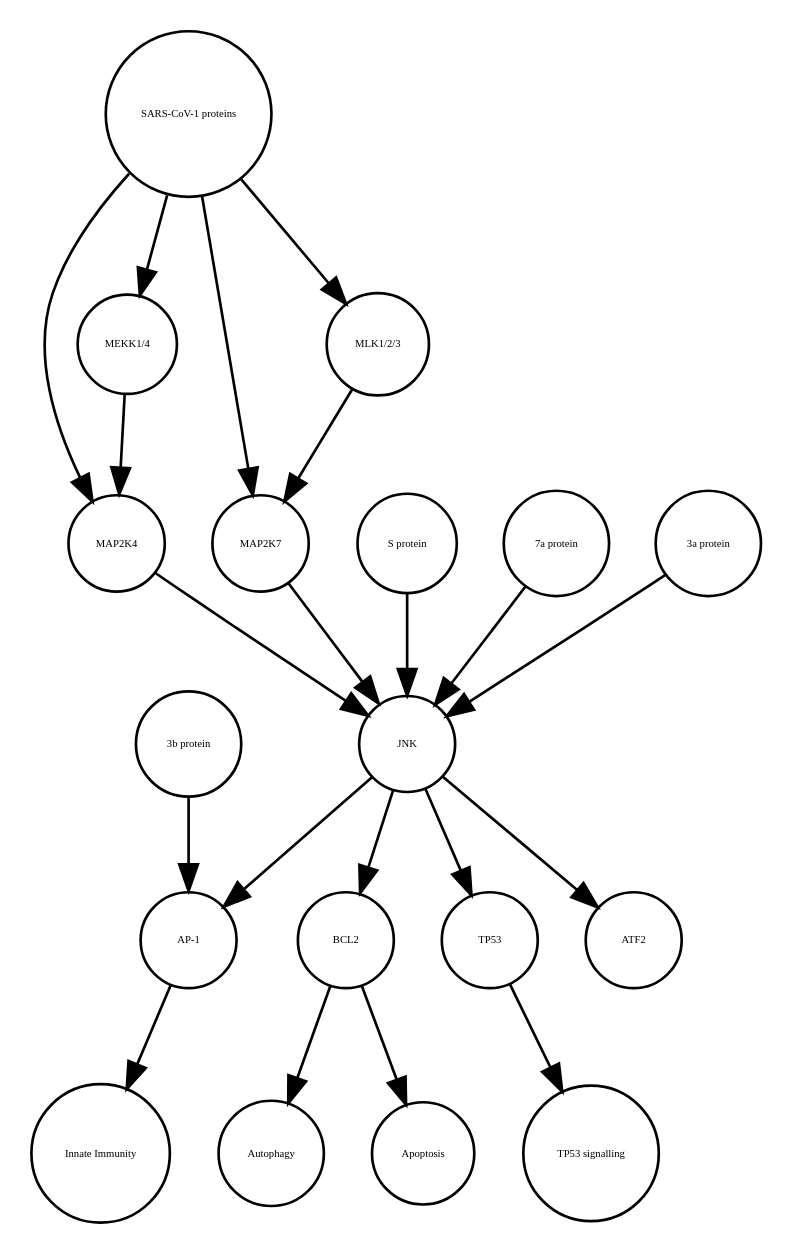
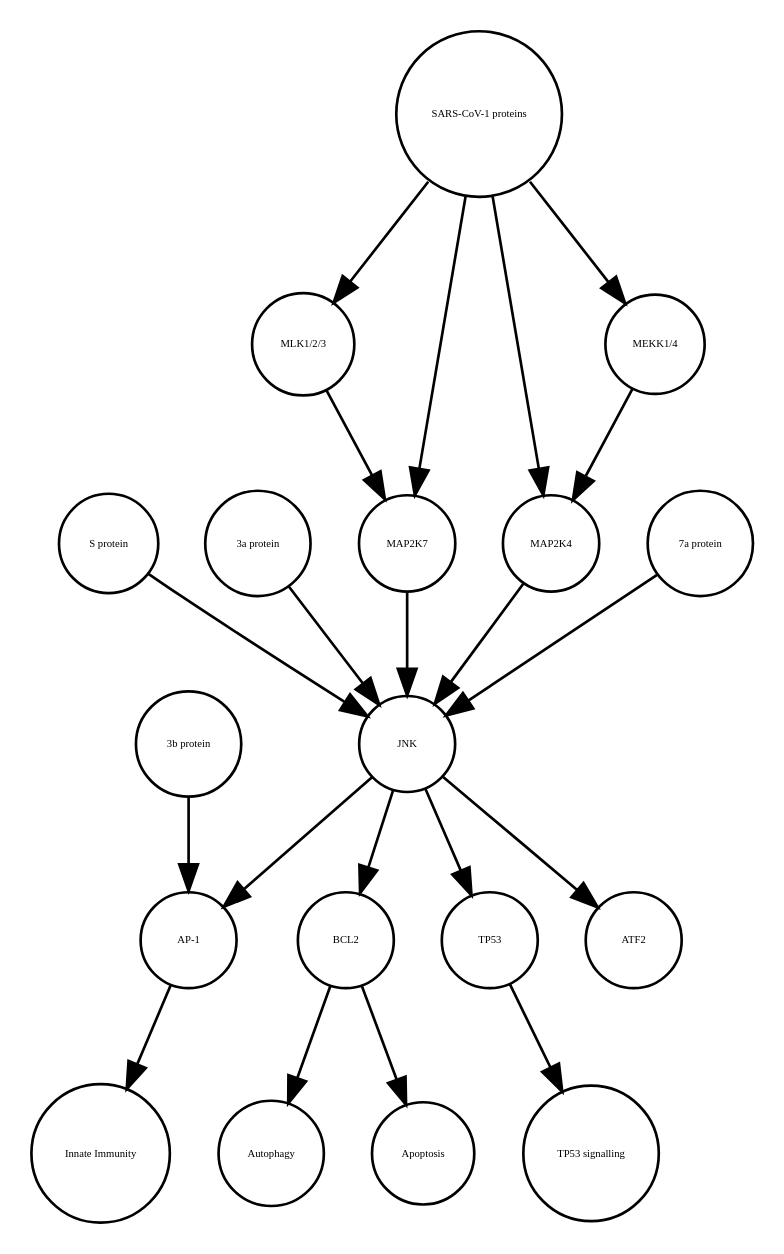
The diagram in JNK_pathway_v2.1.xml_projected.dot (cannin/covid19-sbgn), drawn with Graphviz before and after one commit. The commit also changed other lines of this file and 637 other files, not shown here.

```diff
--- a/JNK_pathway_v2.1.xml_projected.dot
+++ b/JNK_pathway_v2.1.xml_projected.dot
@@ -1,40 +1,40 @@
 strict digraph  {
 BCL2 [annotation=urn_miriam_uniprot_P10415, bipartite=0, cls=macromolecule, fontsize=4, label=BCL2, shape=circle];
 Autophagy [annotation="", bipartite=0, cls=phenotype, fontsize=4, label=Autophagy, shape=circle];
 "AP-1" [annotation="", bipartite=0, cls=complex, fontsize=4, label="AP-1", shape=circle];
 "Innate Immunity" [annotation="", bipartite=0, cls=phenotype, fontsize=4, label="Innate Immunity", shape=circle];
 TP53 [annotation=urn_miriam_uniprot_P04637, bipartite=0, cls=macromolecule, fontsize=4, label=TP53, shape=circle];
 "TP53 signalling" [annotation="", bipartite=0, cls=phenotype, fontsize=4, label="TP53 signalling", shape=circle];
 Apoptosis [annotation="", bipartite=0, cls=phenotype, fontsize=4, label=Apoptosis, shape=circle];
-"SARS-CoV-1 proteins" [annotation="", bipartite=0, cls=complex, fontsize=4, label="SARS-CoV-1 proteins", shape=circle];
-MAP2K4 [annotation=urn_miriam_uniprot_P45985, bipartite=0, cls=macromolecule, fontsize=4, label=MAP2K4, shape=circle];
-MAP2K7 [annotation=urn_miriam_uniprot_O14733, bipartite=0, cls=macromolecule, fontsize=4, label=MAP2K7, shape=circle];
 "S protein" [annotation="", bipartite=0, cls=macromolecule, fontsize=4, label="S protein", shape=circle];
 ATF2 [annotation=urn_miriam_uniprot_P15336, bipartite=0, cls=macromolecule, fontsize=4, label=ATF2, shape=circle];
-JNK [annotation="", bipartite=0, cls=complex, fontsize=4, label=JNK, shape=circle];
-"7a protein" [annotation="", bipartite=0, cls=macromolecule, fontsize=4, label="7a protein", shape=circle];
 "MLK1/2/3" [annotation="", bipartite=0, cls=complex, fontsize=4, label="MLK1/2/3", shape=circle];
 "3a protein" [annotation="", bipartite=0, cls=macromolecule, fontsize=4, label="3a protein", shape=circle];
+MAP2K4 [annotation=urn_miriam_uniprot_P45985, bipartite=0, cls=macromolecule, fontsize=4, label=MAP2K4, shape=circle];
+"3b protein" [annotation="", bipartite=0, cls=macromolecule, fontsize=4, label="3b protein", shape=circle];
+MAP2K7 [annotation=urn_miriam_uniprot_O14733, bipartite=0, cls=macromolecule, fontsize=4, label=MAP2K7, shape=circle];
+"SARS-CoV-1 proteins" [annotation="", bipartite=0, cls=complex, fontsize=4, label="SARS-CoV-1 proteins", shape=circle];
+"7a protein" [annotation="", bipartite=0, cls=macromolecule, fontsize=4, label="7a protein", shape=circle];
+JNK [annotation="", bipartite=0, cls=complex, fontsize=4, label=JNK, shape=circle];
 "MEKK1/4" [annotation="", bipartite=0, cls=complex, fontsize=4, label="MEKK1/4", shape=circle];
-"3b protein" [annotation="", bipartite=0, cls=macromolecule, fontsize=4, label="3b protein", shape=circle];
 BCL2 -> Autophagy  [annotation="", interaction_type="necessary stimulation"];
 BCL2 -> Apoptosis  [annotation="", interaction_type=inhibition];
 "AP-1" -> "Innate Immunity"  [annotation="", interaction_type="necessary stimulation"];
 TP53 -> "TP53 signalling"  [annotation="", interaction_type="necessary stimulation"];
+"S protein" -> JNK  [annotation=urn_miriam_pubmed_17267381, interaction_type=stimulation];
+"MLK1/2/3" -> MAP2K7  [annotation="urn_miriam_pubmed_31226023|urn_miriam_taxonomy_694009", interaction_type=stimulation];
+"3a protein" -> JNK  [annotation=urn_miriam_pubmed_17141229, interaction_type=stimulation];
+MAP2K4 -> JNK  [annotation=urn_miriam_pubmed_17141229, interaction_type=stimulation];
+"3b protein" -> "AP-1"  [annotation=urn_miriam_pubmed_21561061, interaction_type=stimulation];
+MAP2K7 -> JNK  [annotation=urn_miriam_pubmed_17141229, interaction_type=stimulation];
+"SARS-CoV-1 proteins" -> MAP2K4  [annotation="urn_miriam_pubmed_31226023|urn_miriam_taxonomy_694009", interaction_type=stimulation];
+"SARS-CoV-1 proteins" -> "MEKK1/4"  [annotation="urn_miriam_pubmed_31226023|urn_miriam_taxonomy_694009", interaction_type=stimulation];
 "SARS-CoV-1 proteins" -> "MLK1/2/3"  [annotation="urn_miriam_taxonomy_694009|urn_miriam_pubmed_31226023", interaction_type=stimulation];
-"SARS-CoV-1 proteins" -> MAP2K4  [annotation="urn_miriam_pubmed_31226023|urn_miriam_taxonomy_694009", interaction_type=stimulation];
 "SARS-CoV-1 proteins" -> MAP2K7  [annotation="urn_miriam_pubmed_31226023|urn_miriam_taxonomy_694009", interaction_type=stimulation];
-"SARS-CoV-1 proteins" -> "MEKK1/4"  [annotation="urn_miriam_pubmed_31226023|urn_miriam_taxonomy_694009", interaction_type=stimulation];
-MAP2K4 -> JNK  [annotation=urn_miriam_pubmed_17141229, interaction_type=stimulation];
-MAP2K7 -> JNK  [annotation=urn_miriam_pubmed_17141229, interaction_type=stimulation];
-"S protein" -> JNK  [annotation=urn_miriam_pubmed_17267381, interaction_type=stimulation];
+"7a protein" -> JNK  [annotation=urn_miriam_pubmed_17141229, interaction_type=stimulation];
+JNK -> "AP-1"  [annotation=urn_miriam_pubmed_21561061, interaction_type=stimulation];
+JNK -> BCL2  [annotation=urn_miriam_pubmed_10567572, interaction_type=stimulation];
 JNK -> ATF2  [annotation="", interaction_type=stimulation];
 JNK -> TP53  [annotation="", interaction_type=stimulation];
-JNK -> BCL2  [annotation=urn_miriam_pubmed_10567572, interaction_type=stimulation];
-JNK -> "AP-1"  [annotation=urn_miriam_pubmed_21561061, interaction_type=stimulation];
-"7a protein" -> JNK  [annotation=urn_miriam_pubmed_17141229, interaction_type=stimulation];
-"MLK1/2/3" -> MAP2K7  [annotation="urn_miriam_pubmed_31226023|urn_miriam_taxonomy_694009", interaction_type=stimulation];
-"3a protein" -> JNK  [annotation=urn_miriam_pubmed_17141229, interaction_type=stimulation];
 "MEKK1/4" -> MAP2K4  [annotation="urn_miriam_pubmed_31226023|urn_miriam_taxonomy_694009", interaction_type=stimulation];
-"3b protein" -> "AP-1"  [annotation=urn_miriam_pubmed_21561061, interaction_type=stimulation];
 }
```
